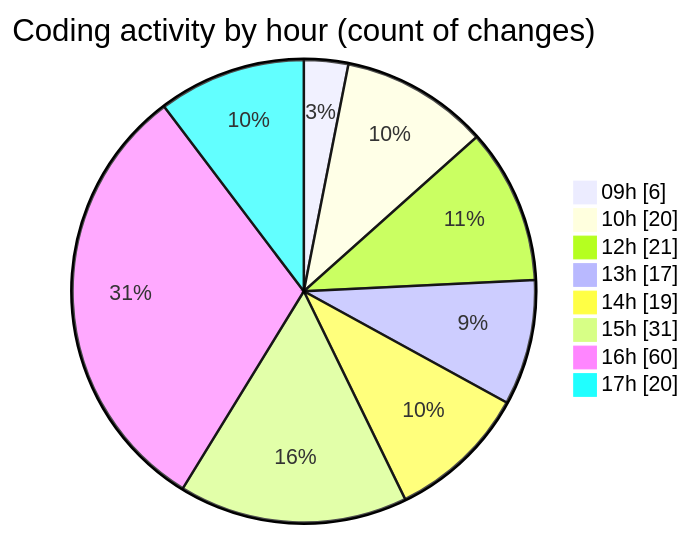
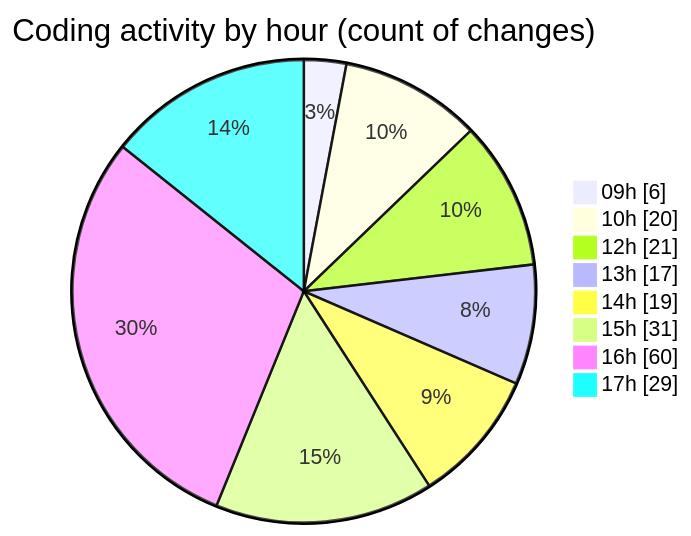
One commit to becaeroporto-bot/code-tracking changed the second of 2 diagrams in 2026-02-18/bot_v1_2/README.md. Above: the diagram before and after it, drawn with Mermaid. The commit also changed other lines of this file and 1 other file, not shown here.

````diff
--- a/2026-02-18/bot_v1_2/README.md
+++ b/2026-02-18/bot_v1_2/README.md
@@ -57,12 +57,12 @@
 ```mermaid
 pie showData
 title Coding activity by hour (count of changes)
 "09h" : 6
 "10h" : 20
 "12h" : 21
 "13h" : 17
 "14h" : 19
 "15h" : 31
 "16h" : 60
-"17h" : 20
+"17h" : 29
 ```
````
